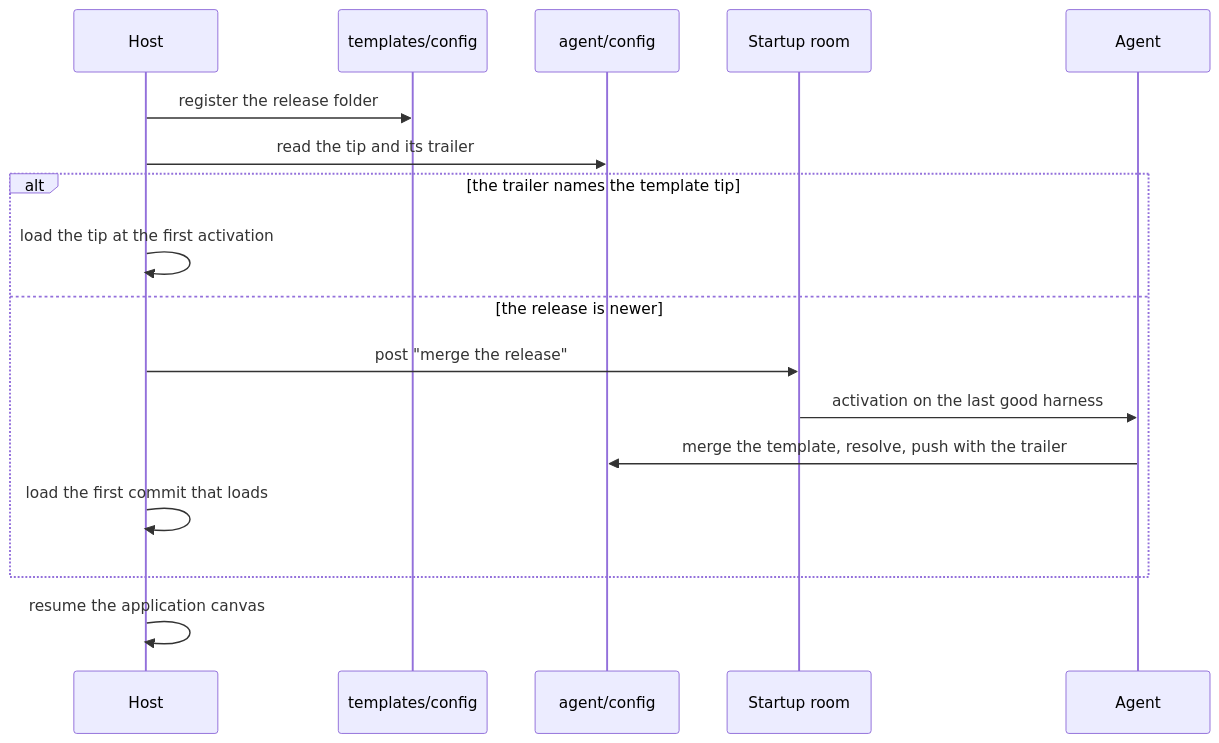
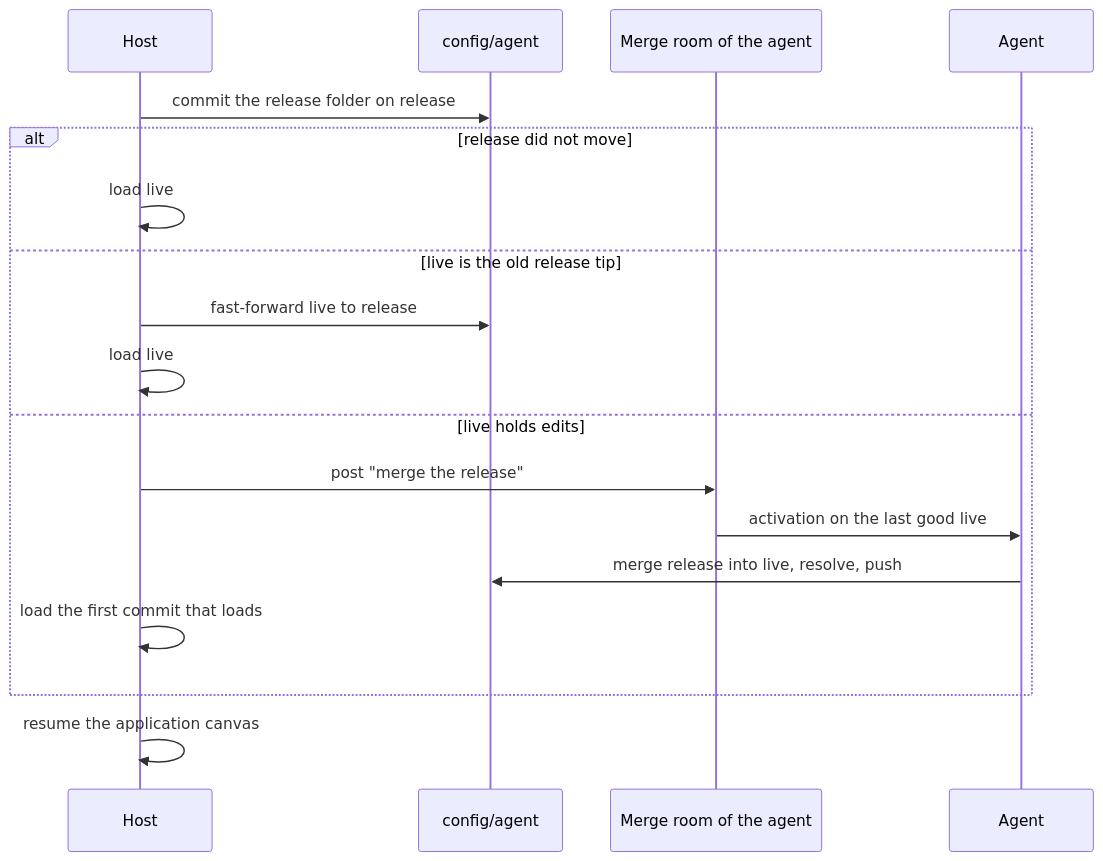
Before and after one commit to ambionframework/ambion: the third of 3 diagrams in docs/gitforeverything.md, drawn with Mermaid. The commit also changed other lines of this file, not shown here.

First line of the commit message:
Give each agent a private config repository with two branches

````diff
--- a/docs/gitforeverything.md
+++ b/docs/gitforeverything.md
@@ -173,19 +186,20 @@
 ```mermaid
 sequenceDiagram
   participant H as Host
-  participant T as templates/config
-  participant F as agent/config
-  participant R as Startup room
+  participant C as config/agent
+  participant R as Merge room of the agent
   participant A as Agent
-  H->>T: register the release folder
-  H->>F: read the tip and its trailer
-  alt the trailer names the template tip
-    H->>H: load the tip at the first activation
-  else the release is newer
+  H->>C: commit the release folder on release
+  alt release did not move
+    H->>H: load live
+  else live is the old release tip
+    H->>C: fast-forward live to release
+    H->>H: load live
+  else live holds edits
     H->>R: post "merge the release"
-    R->>A: activation on the last good harness
-    A->>F: merge the template, resolve, push with the trailer
+    R->>A: activation on the last good live
+    A->>C: merge release into live, resolve, push
     H->>H: load the first commit that loads
   end
   H->>H: resume the application canvas
 ```
````
